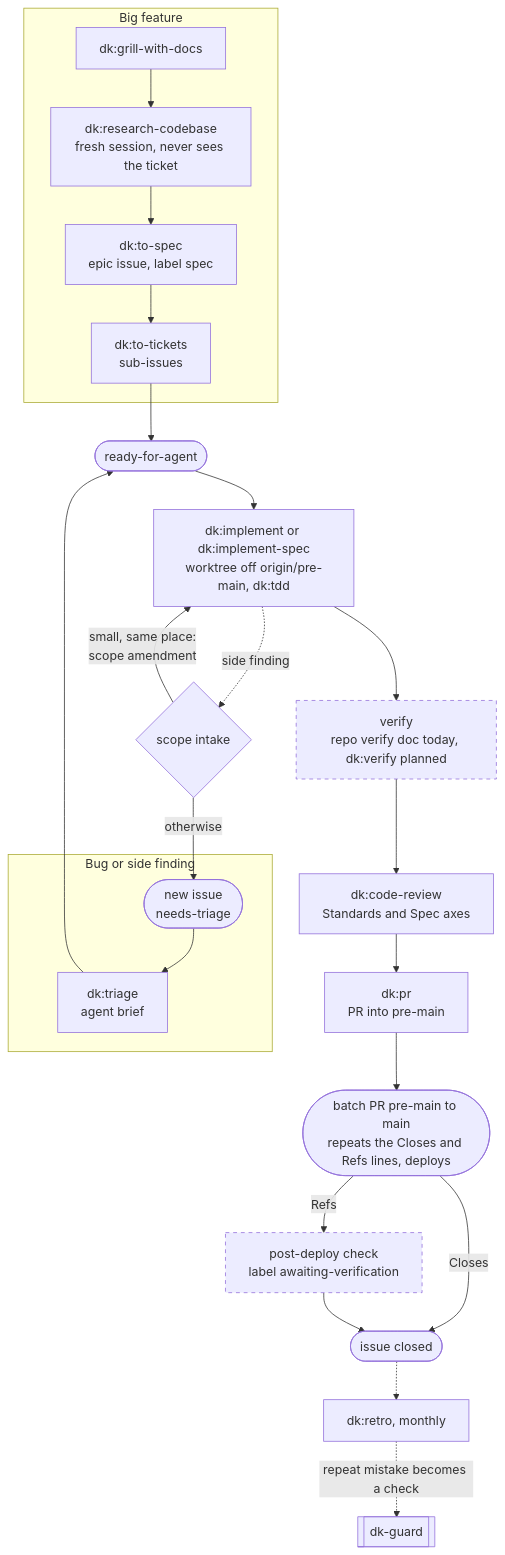
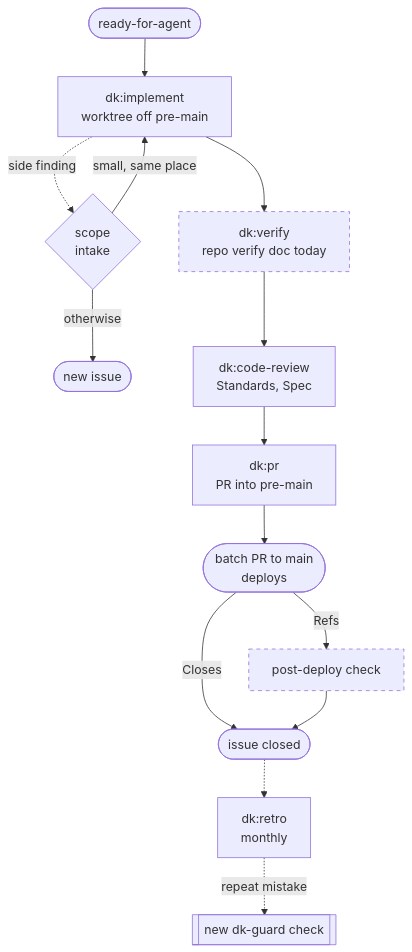
One commit to kaminski-dev/dk-agent-kit changed the second of 3 diagrams in README.md. Above: the diagram before and after it, drawn with Mermaid. The commit also changed other lines of this file, not shown here.

Commit message:
README: split the workflow diagram into intake and build-and-ship

````diff
--- a/README.md
+++ b/README.md
@@ -35,28 +52,18 @@
 ```mermaid
 flowchart TD
-  subgraph feature["Big feature"]
-    grill["dk:grill-with-docs"] --> research["dk:research-codebase<br/>fresh session, never sees the ticket"]
-    research --> spec["dk:to-spec<br/>epic issue, label spec"]
-    spec --> tickets["dk:to-tickets<br/>sub-issues"]
-  end
-  subgraph bug["Bug or side finding"]
-    new(["new issue<br/>needs-triage"]) --> triage["dk:triage<br/>agent brief"]
-  end
-  tickets --> ready(["ready-for-agent"])
-  triage --> ready
-  ready --> implement["dk:implement or dk:implement-spec<br/>worktree off origin/pre-main, dk:tdd"]
-  implement -. "side finding" .-> intake{"scope intake"}
-  intake -- "small, same place:<br/>scope amendment" --> implement
-  intake -- "otherwise" --> new
-  implement --> verify["verify<br/>repo verify doc today, dk:verify planned"]
-  verify --> review["dk:code-review<br/>Standards and Spec axes"]
+  ready(["ready-for-agent"]) --> implement["dk:implement<br/>worktree off pre-main"]
+  implement -. "side finding" .-> intake{"scope<br/>intake"}
+  intake -- "small, same place" --> implement
+  intake -- "otherwise" --> new(["new issue"])
+  implement --> verify["dk:verify<br/>repo verify doc today"]
+  verify --> review["dk:code-review<br/>Standards, Spec"]
   review --> pr["dk:pr<br/>PR into pre-main"]
-  pr --> batch(["batch PR pre-main to main<br/>repeats the Closes and Refs lines, deploys"])
+  pr --> batch(["batch PR to main<br/>deploys"])
   batch -- "Closes" --> closed(["issue closed"])
-  batch -- "Refs" --> check["post-deploy check<br/>label awaiting-verification"]
+  batch -- "Refs" --> check["post-deploy check"]
   check --> closed
-  closed -.-> retro["dk:retro, monthly"]
-  retro -. "repeat mistake becomes a check" .-> guard[["dk-guard"]]
+  closed -.-> retro["dk:retro<br/>monthly"]
+  retro -. "repeat mistake" .-> guard[["new dk-guard check"]]
   classDef planned stroke-dasharray: 5 5
   class verify,check planned
 ```
````
